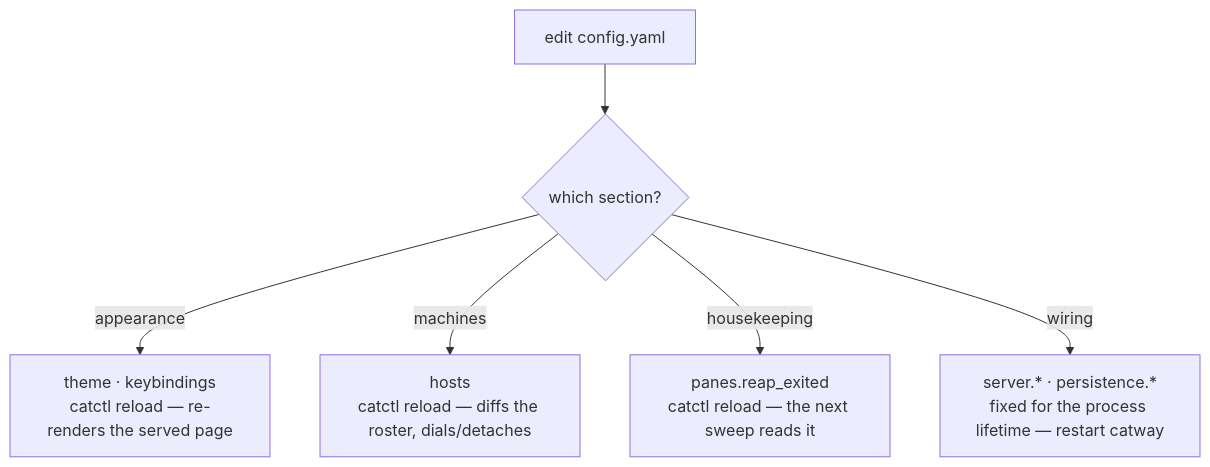
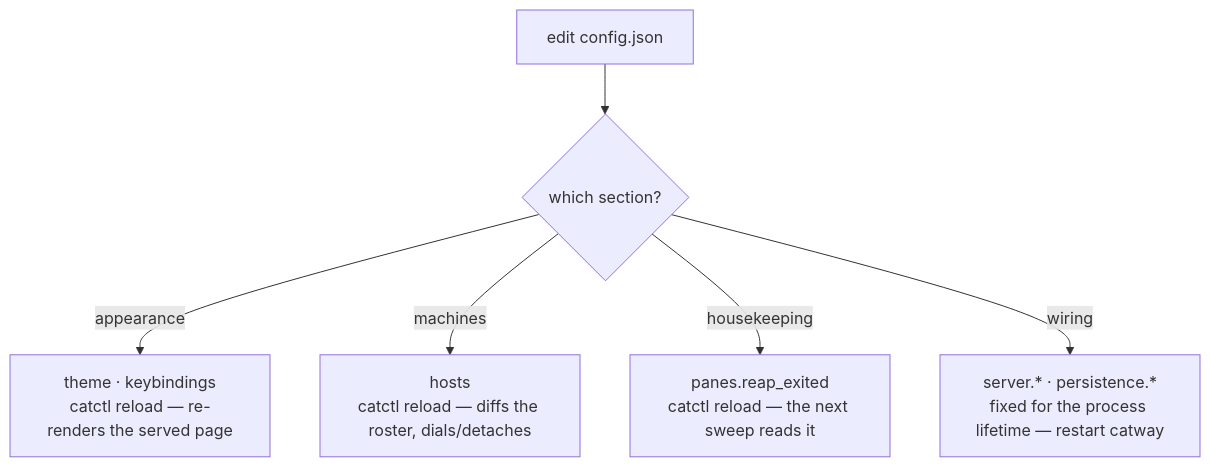
One commit to rohanthewiz/cats changed the second of 2 diagrams in docs/reference/configuration.md. Above: the diagram before and after it, drawn with Mermaid. The commit also changed other lines of this file and 37 other files, not shown here.

First line of the commit message:
settings: one config.json and a tabbed Settings screen (⌘,)

````diff
--- a/docs/reference/configuration.md
+++ b/docs/reference/configuration.md
@@ -34,15 +51,15 @@
 ```mermaid
 flowchart TD
-  EDIT["edit config.yaml"]
+  EDIT["edit config.json"]
   KIND{"which section?"}
   LIVE["theme · keybindings<br/>catctl reload — re-renders the served page"]
   HOSTS["hosts<br/>catctl reload — diffs the roster, dials/detaches"]
   REAP["panes.reap_exited<br/>catctl reload — the next sweep reads it"]
   FIXED["server.* · persistence.*<br/>fixed for the process lifetime — restart catway"]
 
   EDIT --> KIND
   KIND -->|"appearance"| LIVE
   KIND -->|"machines"| HOSTS
   KIND -->|"housekeeping"| REAP
   KIND -->|"wiring"| FIXED
 ```
````
